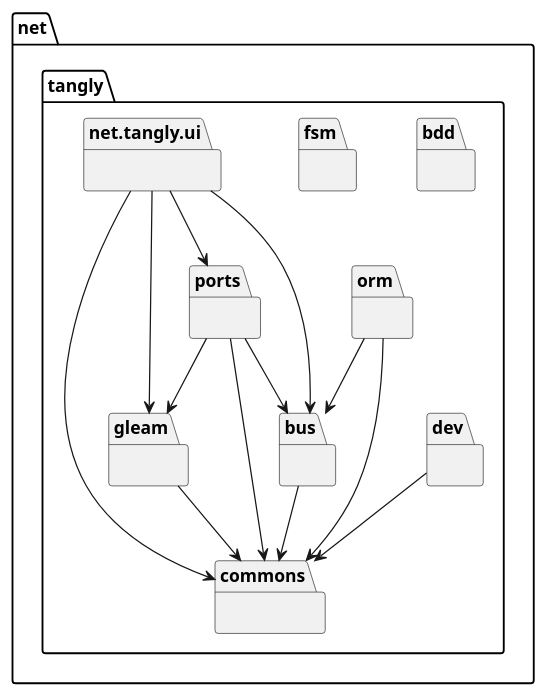
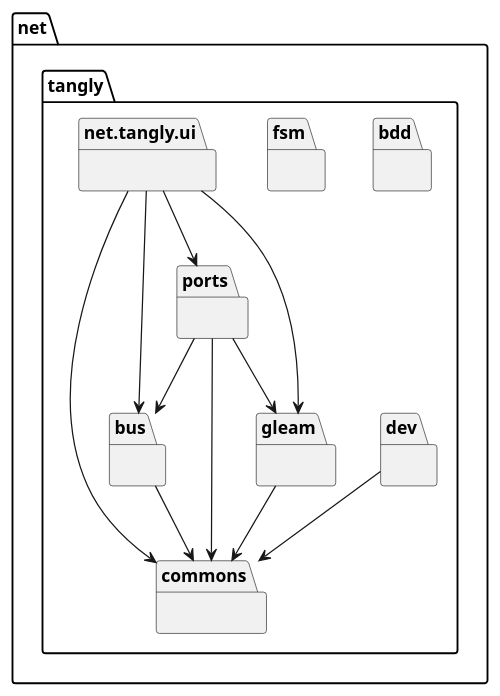
Before and after one commit to tangly-team/tangly-os: the diagram in src/site/website/content/ideas/components-publication.adoc, drawn with PlantUML. The commit also changed 76 other files, not shown here.

```diff
--- a/src/site/website/content/ideas/components-publication.adoc
+++ b/src/site/website/content/ideas/components-publication.adoc
@@ -54,43 +54,37 @@
 [plantuml,tangly-componentsDependencies,svg,svg-type="interactive"]
 ....
 package net.tangly.bdd [[https://tangly-team.bitbucket.io/docs/bdd/]] {
 }
 package net.tangly.bus [[https://tangly-team.bitbucket.io/docs/bus/]] {
 }
 
 package net.tangly.commons [[https://tangly-team.bitbucket.io/docs/commons/]] {
 }
 
 net.tangly.bus --> net.tangly.commons
 package net.tangly.dev [[https://tangly-team.bitbucket.io/docs/dev/]] {
 }
 
 net.tangly.dev --> net.tangly.commons
 
 package net.tangly.fsm [[https://tangly-team.bitbucket.io/docs/fsm/]] {
 }
 
 package net.tangly.gleam [[https://tangly-team.bitbucket.io/docs/gleam/]] {
 }
 
 net.tangly.gleam --> net.tangly.commons
 
-package net.tangly.orm [[https://tangly-team.bitbucket.io/docs/orm/]] {
-}
-
-net.tangly.orm --> net.tangly.commons
-net.tangly.orm --> net.tangly.bus
-
 package net.tangly.ports [[https://tangly-team.bitbucket.io/docs/ports/]] {
 }
 
 net.tangly.ports --> net.tangly.commons
 net.tangly.ports --> net.tangly.bus
 net.tangly.ports --> net.tangly.gleam
 
 package net.tangly.ui {}
 net.tangly.ui --> net.tangly.commons
 net.tangly.ui --> net.tangly.bus
 net.tangly.ui --> net.tangly.gleam
 net.tangly.ui --> net.tangly.ports
 ....
```
